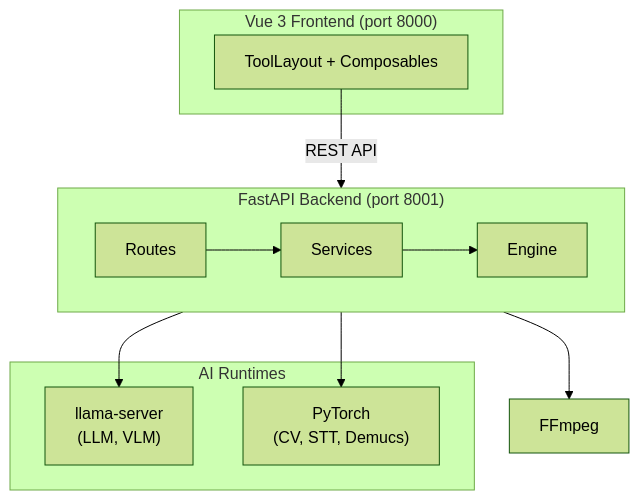
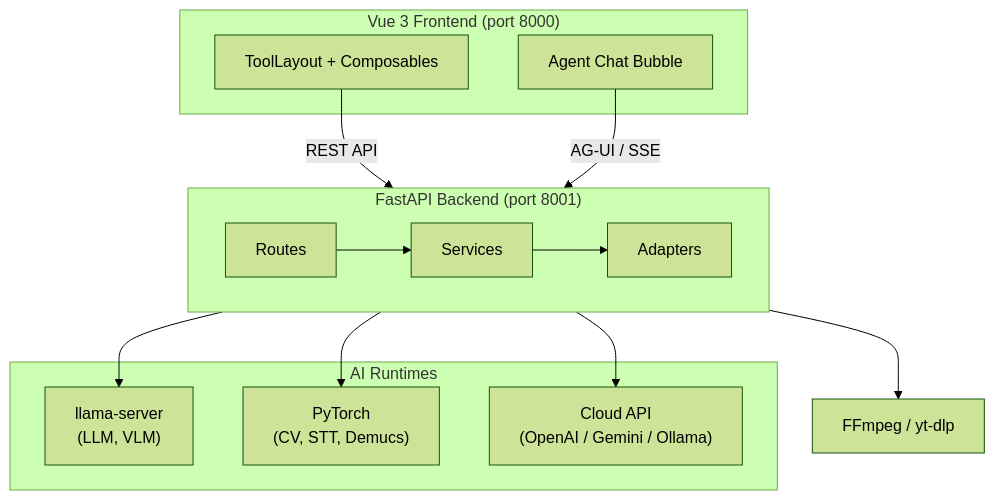
One commit to sw-willie-wu/MediaTranX changed the diagram in README.md. Above: the diagram before and after it, drawn with Mermaid (forest theme). The commit also changed other lines of this file and 2 other files, not shown here.

````diff
--- a/README.md
+++ b/README.md
@@ -96,21 +117,25 @@
 ```mermaid
 graph TB
     subgraph Frontend["Vue 3 Frontend (port 8000)"]
         UI["ToolLayout + Composables"]
+        Agent["Agent Chat Bubble"]
     end
 
     subgraph Backend["FastAPI Backend (port 8001)"]
         direction LR
-        Routes["Routes"] --> Services --> Engine
+        Routes["Routes"] --> Services --> Adapters
     end
 
     subgraph AI["AI Runtimes"]
         Llama["llama-server<br/>(LLM, VLM)"]
         PT["PyTorch<br/>(CV, STT, Demucs)"]
+        Cloud["Cloud API<br/>(OpenAI / Gemini / Ollama)"]
     end
 
     UI -->|"REST API"| Routes
-    Engine --> Llama
-    Engine --> PT
-    Engine --> FFmpeg["FFmpeg"]
+    Agent -->|"AG-UI / SSE"| Routes
+    Adapters --> Llama
+    Adapters --> PT
+    Adapters --> Cloud
+    Adapters --> FFmpeg["FFmpeg / yt-dlp"]
 ```
````
